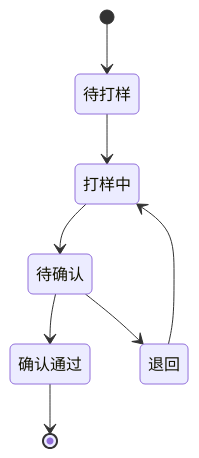
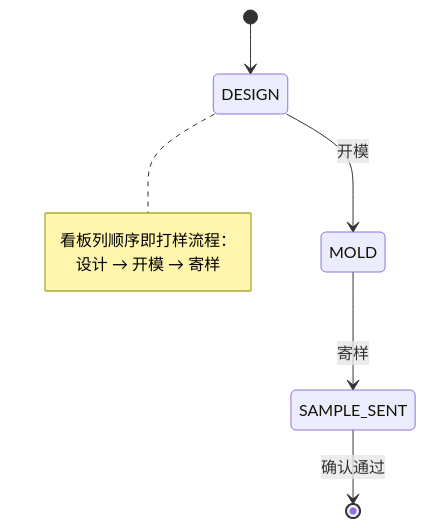
One commit to wx-wan/ysem changed the fourth of 8 diagrams in docs/业务流程与状态机.md. Above: the diagram before and after it, drawn with Mermaid. The commit also changed other lines of this file, not shown here.

````diff
--- a/docs/业务流程与状态机.md
+++ b/docs/业务流程与状态机.md
@@ -92,10 +109,12 @@
 ```mermaid
 stateDiagram-v2
-    [*] --> 待打样
-    待打样 --> 打样中
-    打样中 --> 待确认
-    待确认 --> 确认通过
-    待确认 --> 退回
-    退回 --> 打样中
-    确认通过 --> [*]
+    [*] --> DESIGN
+    DESIGN --> MOLD : 开模
+    MOLD --> SAMPLE_SENT : 寄样
+    SAMPLE_SENT --> [*] : 确认通过
+
+    note right of DESIGN
+        看板列顺序即打样流程：
+        设计 → 开模 → 寄样
+    end note
 ```
````
